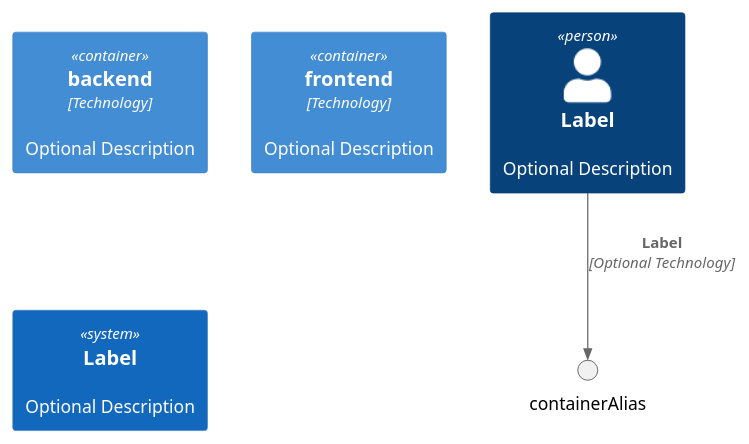
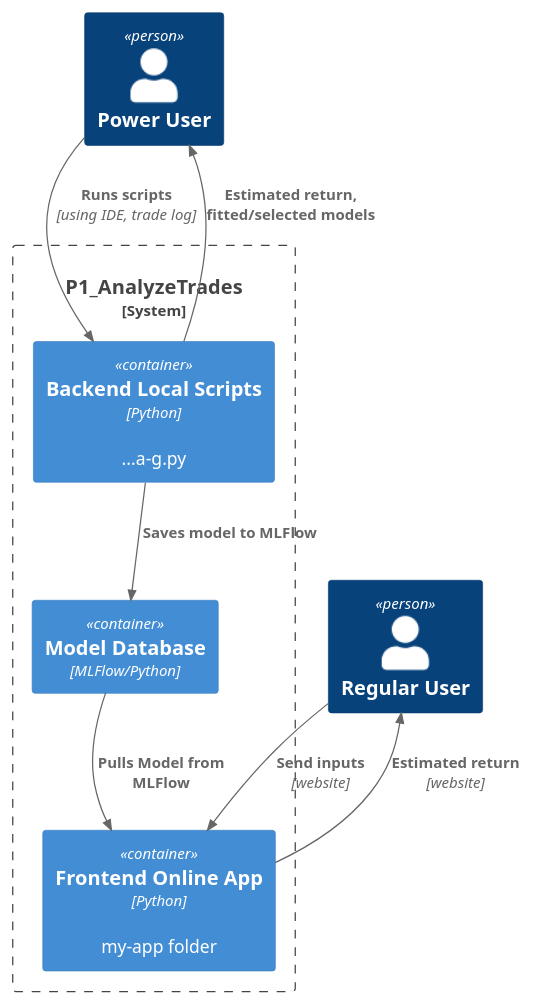
One commit to sws144/quant-trading changed the diagram in P1-AnalyzeTrades/README_C2.puml. Above: the diagram before and after it, drawn with PlantUML. The commit also changed 1 other file, not shown here.

Commit message:
update container diag

```diff
--- a/P1-AnalyzeTrades/README_C2.puml
+++ b/P1-AnalyzeTrades/README_C2.puml
@@ -1,11 +1,19 @@
 @startuml C2_Containers
 !include https://raw.githubusercontent.com/plantuml-stdlib/C4-PlantUML/master/C4_Container.puml
 
-Person(personAlias, "Label", "Optional Description")
-Container(backend, "backend", "Technology", "Optional Description")
-Container(frontend, "frontend", "Technology", "Optional Description")
-System(systemAlias, "Label", "Optional Description")
+Person(admin, "Power User")
+Person(user1, "Regular User")
 
-Rel(personAlias, containerAlias, "Label", "Optional Technology")
+System_Boundary(c1, "P1_AnalyzeTrades") {
+    Container(backend, "Backend Local Scripts", "Python", "...a-g.py")
+    Container(frontend, "Frontend Online App", "Python", "my-app folder")
+    Container(models, "Model Database", "MLFlow/Python")
+}
+Rel(admin, backend, "Runs scripts", "using IDE, trade log")
+Rel(backend, admin, "Estimated return, fitted/selected models")
+Rel(backend, models, "Saves model to MLFlow")
 
+Rel(user1, frontend, "Send inputs", "website")
+Rel(frontend, user1, "Estimated return", "website")
+Rel(models,frontend , "Pulls Model from MLFlow")
 @enduml
```
